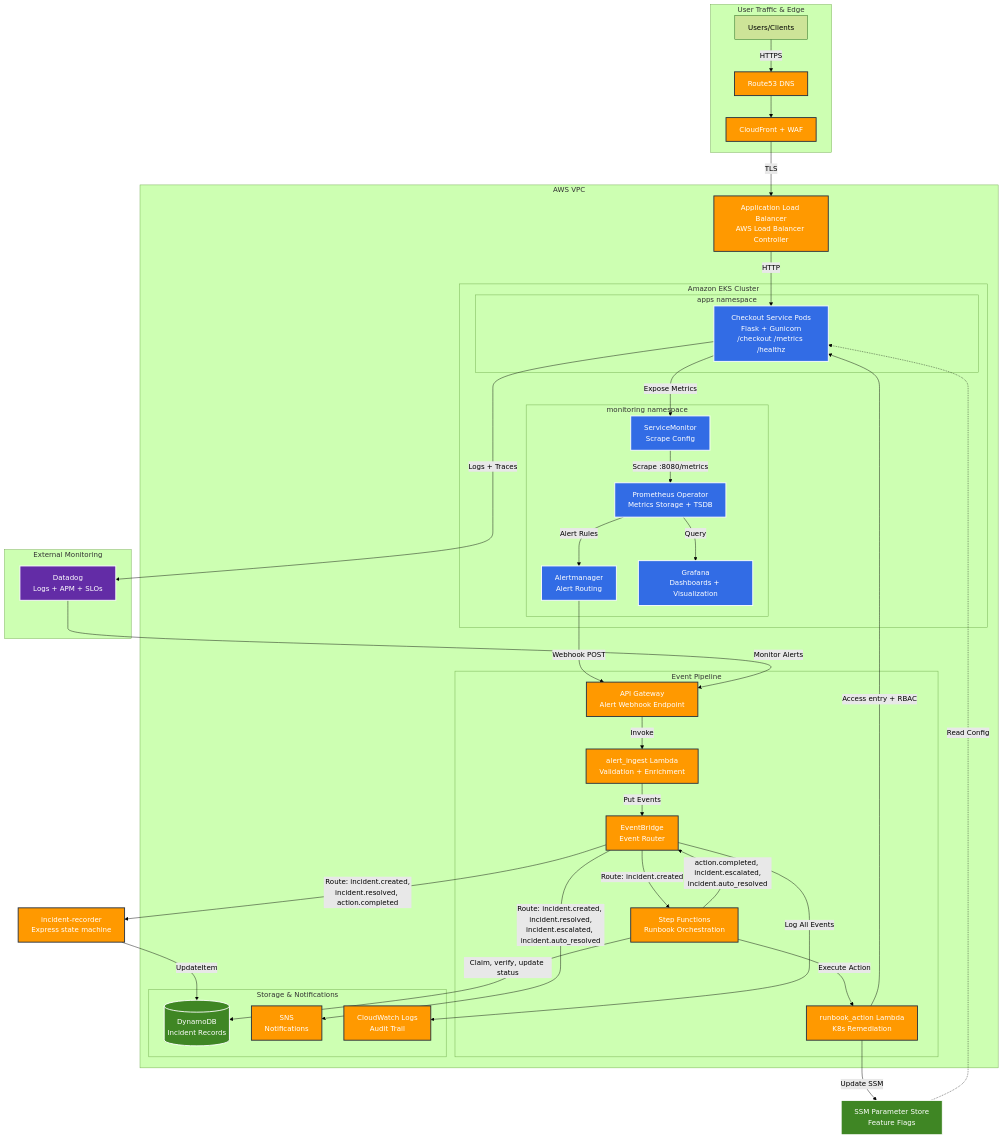
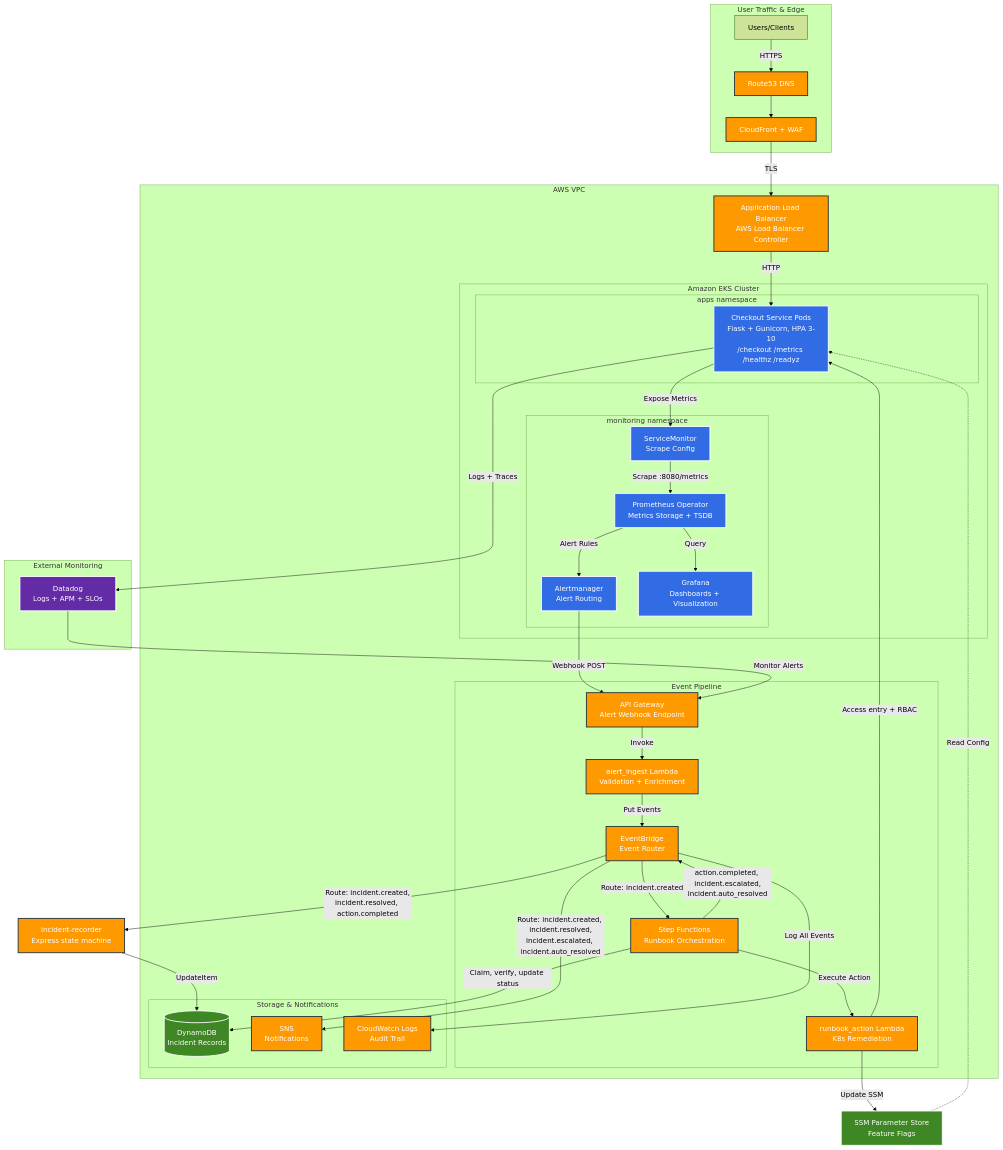
Before and after one commit to amrutp24/event-driven-sre-platform: the first of 4 diagrams in docs/architecture/README.md, drawn with Mermaid (forest theme). The commit also changed other lines of this file and 30 other files, not shown here.

```diff
--- a/docs/architecture/README.md
+++ b/docs/architecture/README.md
@@ -29,7 +29,7 @@
 
         subgraph "Amazon EKS Cluster"
             subgraph "apps namespace"
-                APP[Checkout Service Pods<br/>Flask + Gunicorn<br/>/checkout /metrics /healthz]
+                APP[Checkout Service Pods<br/>Flask + Gunicorn, HPA 3-10<br/>/checkout /metrics /healthz /readyz]
             end
 
             subgraph "monitoring namespace"
```
